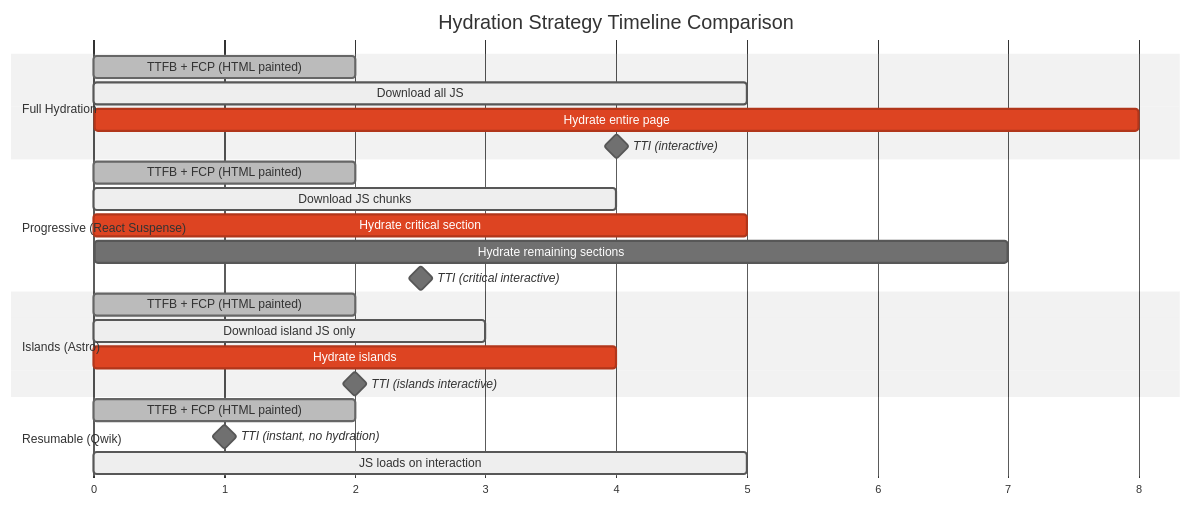
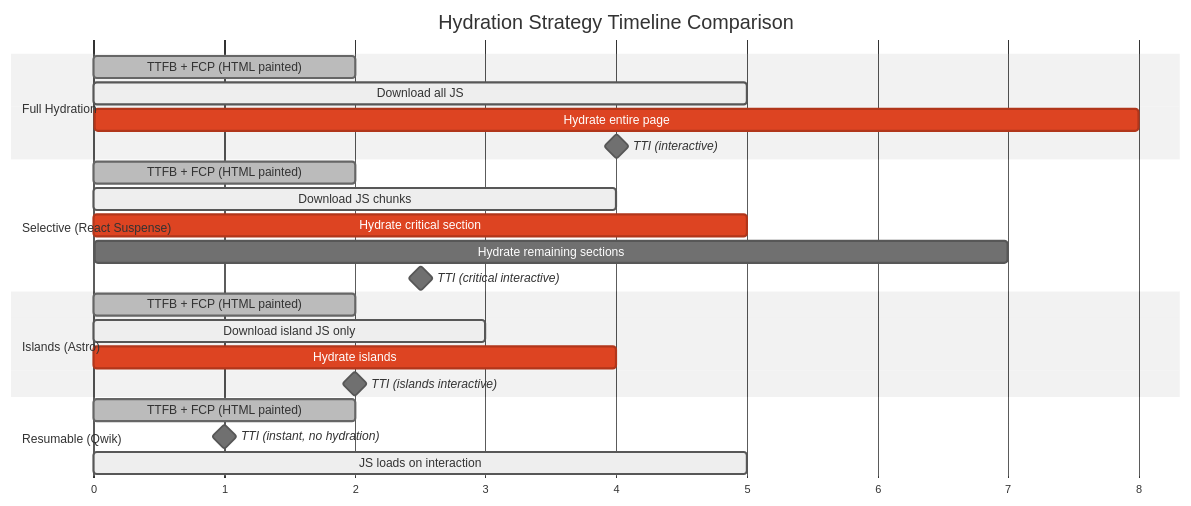
Before and after one commit to alivedise/frontend-engineering-essentials: the first of 2 diagrams in docs/en/Rendering and Performance/703.md, drawn with Mermaid (neutral theme). The commit also changed other lines of this file and 1 other file, not shown here.

````diff
--- a/docs/en/Rendering and Performance/703.md
+++ b/docs/en/Rendering and Performance/703.md
@@ -101,30 +103,30 @@
 ```mermaid
 gantt
     title Hydration Strategy Timeline Comparison
     dateFormat X
     axisFormat %s
 
     section Full Hydration
     TTFB + FCP (HTML painted)  :done, fh_fcp, 0, 2
     Download all JS            :active, fh_dl, 2, 5
     Hydrate entire page        :crit, fh_hyd, 5, 8
     TTI (interactive)          :milestone, fh_tti, 8, 8
 
-    section Progressive (React Suspense)
+    section Selective (React Suspense)
     TTFB + FCP (HTML painted)  :done, ph_fcp, 0, 2
     Download JS chunks         :active, ph_dl, 2, 4
     Hydrate critical section   :crit, ph_hyd1, 4, 5
     Hydrate remaining sections :ph_hyd2, 5, 7
     TTI (critical interactive) :milestone, ph_tti, 5, 5
 
     section Islands (Astro)
     TTFB + FCP (HTML painted)  :done, is_fcp, 0, 2
     Download island JS only    :active, is_dl, 2, 3
     Hydrate islands            :crit, is_hyd, 3, 4
     TTI (islands interactive)  :milestone, is_tti, 4, 4
 
     section Resumable (Qwik)
     TTFB + FCP (HTML painted)  :done, re_fcp, 0, 2
     TTI (instant, no hydration):milestone, re_tti, 2, 2
     JS loads on interaction    :active, re_int, 4, 5
 ```
````
